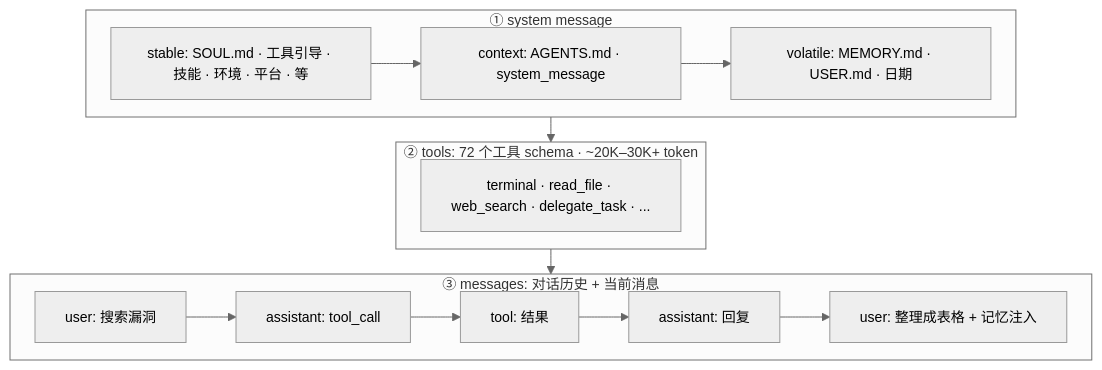
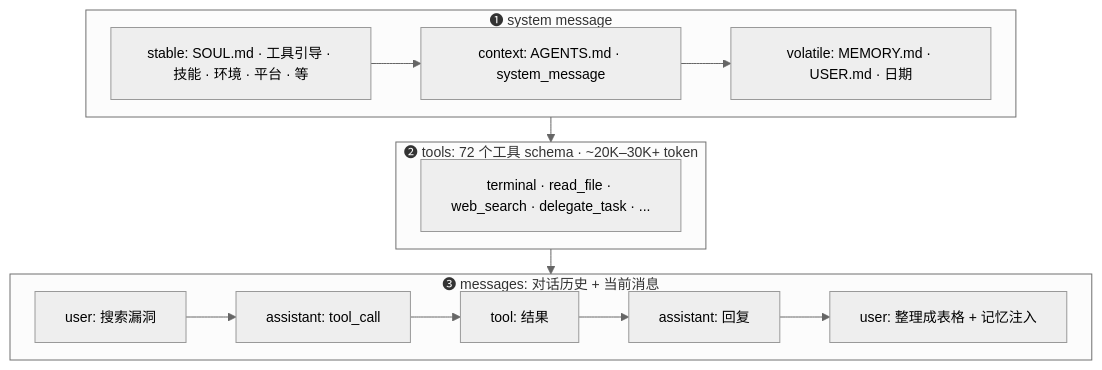
The fourth of 9 diagrams in docs/zh/drafts/02-draft.md (fang-lin/hermes-agent-code-analysis), drawn with Mermaid before and after one commit. The commit also changed other lines of this file and 1 other file, not shown here.

````diff
--- a/docs/zh/drafts/02-draft.md
+++ b/docs/zh/drafts/02-draft.md
@@ -214,19 +214,19 @@
 ```mermaid
 %%{init: {"theme": "neutral", "themeVariables": {"fontSize": "14px"}, "flowchart": {"nodeSpacing": 15, "rankSpacing": 25}}}%%
 flowchart TD
-    subgraph SYS ["① system message"]
+    subgraph SYS ["❶ system message"]
         direction LR
         STABLE["stable: SOUL.md · 工具引导 · 技能 · 环境 · 平台 · 等"] --> CONTEXT["context: AGENTS.md · system_message"] --> VOLATILE["volatile: MEMORY.md · USER.md · 日期"]
     end
 
-    subgraph TOOLS_S ["② tools: 72 个工具 schema · ~20K–30K+ token"]
+    subgraph TOOLS_S ["❷ tools: 72 个工具 schema · ~20K–30K+ token"]
         T1["terminal · read_file · web_search · delegate_task · ..."]
     end
 
-    subgraph MSGS ["③ messages: 对话历史 + 当前消息"]
+    subgraph MSGS ["❸ messages: 对话历史 + 当前消息"]
         direction LR
         H1["user: 搜索漏洞"] --> H2["assistant: tool_call"] --> H3["tool: 结果"] --> H4["assistant: 回复"] --> H5["user: 整理成表格 + 记忆注入"]
     end
 
     SYS --> TOOLS_S --> MSGS
 ```
````
